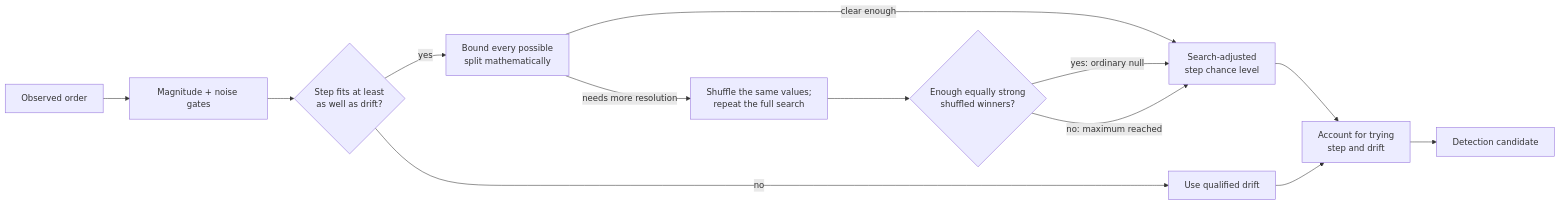
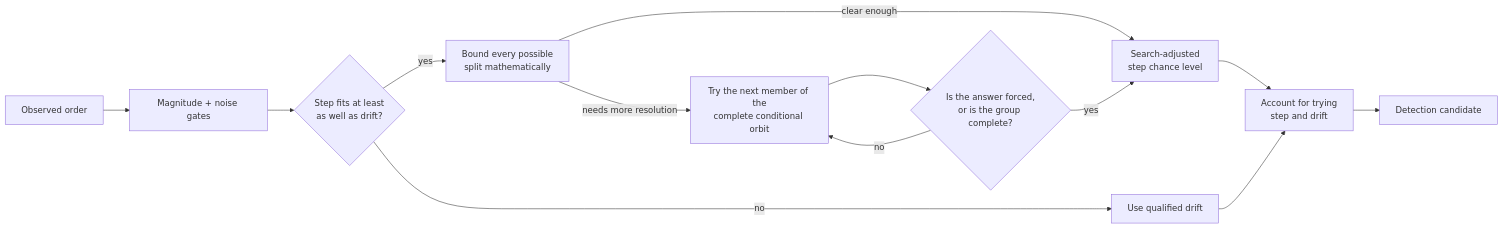
Before and after one commit to folo-rs/folo: the third of 3 diagrams in packages/cargo-bench-history/book/src/appendix/detection.md, drawn with Mermaid. The commit also changed other lines of this file and 10 other files, not shown here.

````diff
--- a/packages/cargo-bench-history/book/src/appendix/detection.md
+++ b/packages/cargo-bench-history/book/src/appendix/detection.md
@@ -104,15 +105,15 @@
 ```mermaid
 flowchart LR
     O["Observed order"] --> G["Magnitude + noise gates"]
     G --> FIT{"Step fits at least<br/>as well as drift?"}
     FIT -->|no| D["Use qualified drift"]
     FIT -->|yes| A["Bound every possible<br/>split mathematically"]
     A -->|clear enough| AC["Search-adjusted<br/>step chance level"]
-    A -->|needs more resolution| S["Shuffle the same values;<br/>repeat the full search"]
-    S --> C{"Enough equally strong<br/>shuffled winners?"}
-    C -->|yes: ordinary null| AC
-    C -->|no: maximum reached| AC
+    A -->|needs more resolution| S["Try the next member of the<br/>complete conditional orbit"]
+    S --> C{"Is the answer forced,<br/>or is the group complete?"}
+    C -->|no| S
+    C -->|yes| AC
     AC --> TWO["Account for trying<br/>step and drift"]
     D --> TWO
     TWO --> CAN["Detection candidate"]
 ```
````
